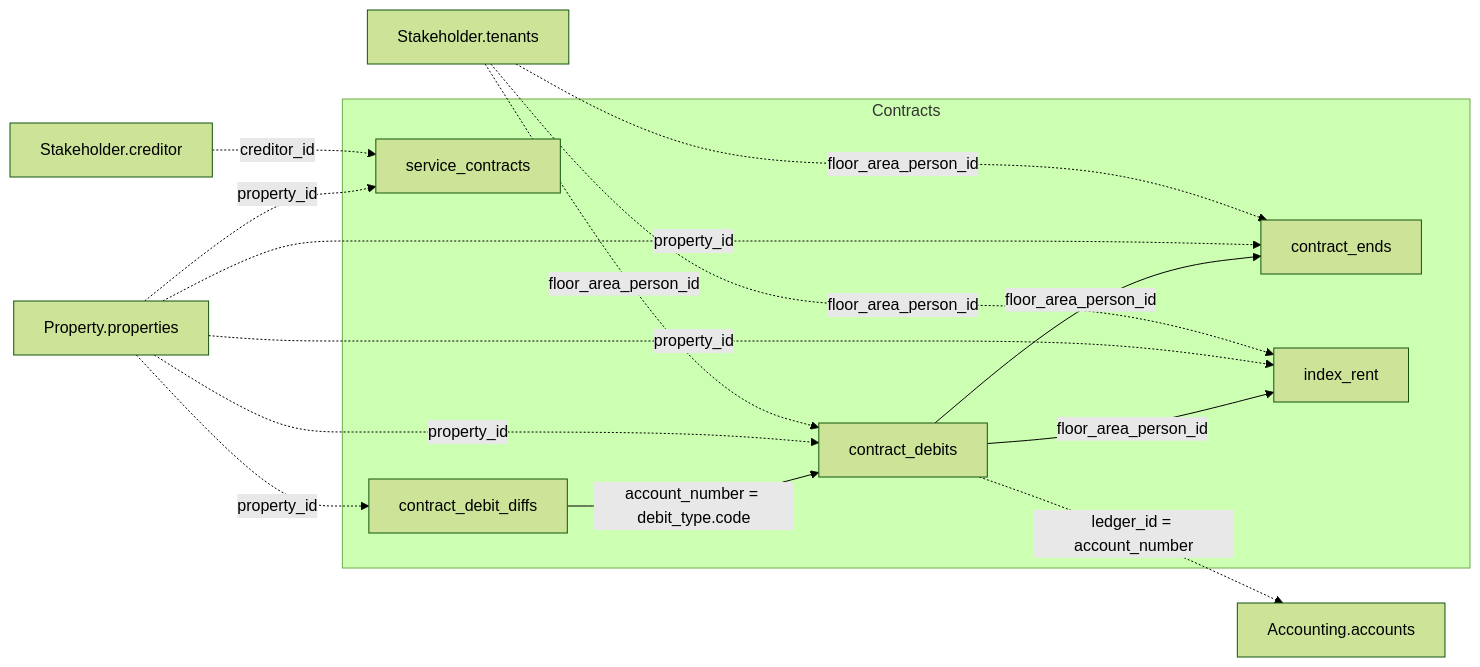
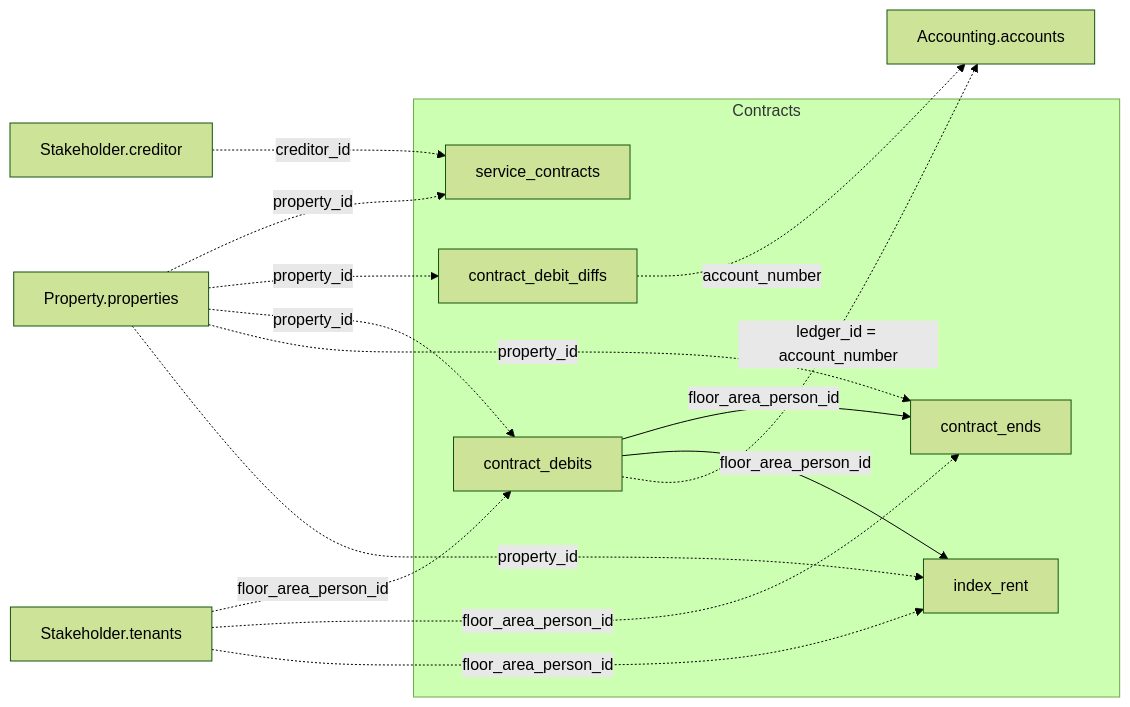
The diagram in de/v1/data-model/contracts.mdx (Trassets-ai/api-docs), drawn with Mermaid (forest theme) before and after one commit. The commit also changed other lines of this file and 1 other file, not shown here.

First line of the commit message:
Fix: contract_debit_diffs.account_number ist echter Kontenbezug

````diff
--- a/de/v1/data-model/contracts.mdx
+++ b/de/v1/data-model/contracts.mdx
@@ -11,30 +11,30 @@
 ```mermaid
 graph LR
   subgraph Contracts
     service_contracts["service_contracts"]
     contract_debit_diffs["contract_debit_diffs"]
     contract_debits["contract_debits"]
     contract_ends["contract_ends"]
     index_rent["index_rent"]
   end
 
   properties["Property.properties"]
   accounts["Accounting.accounts"]
   tenants["Stakeholder.tenants"]
   creditor["Stakeholder.creditor"]
 
-  contract_debit_diffs -->|account_number = debit_type.code| contract_debits
   contract_debits -->|floor_area_person_id| contract_ends
   contract_debits -->|floor_area_person_id| index_rent
 
   properties -.->|property_id| service_contracts
   properties -.->|property_id| contract_debit_diffs
   properties -.->|property_id| contract_debits
   properties -.->|property_id| contract_ends
   properties -.->|property_id| index_rent
   contract_debits -.->|ledger_id = account_number| accounts
+  contract_debit_diffs -.->|account_number| accounts
   creditor -.->|creditor_id| service_contracts
   tenants -.->|floor_area_person_id| contract_debits
   tenants -.->|floor_area_person_id| contract_ends
   tenants -.->|floor_area_person_id| index_rent
 ```
````
